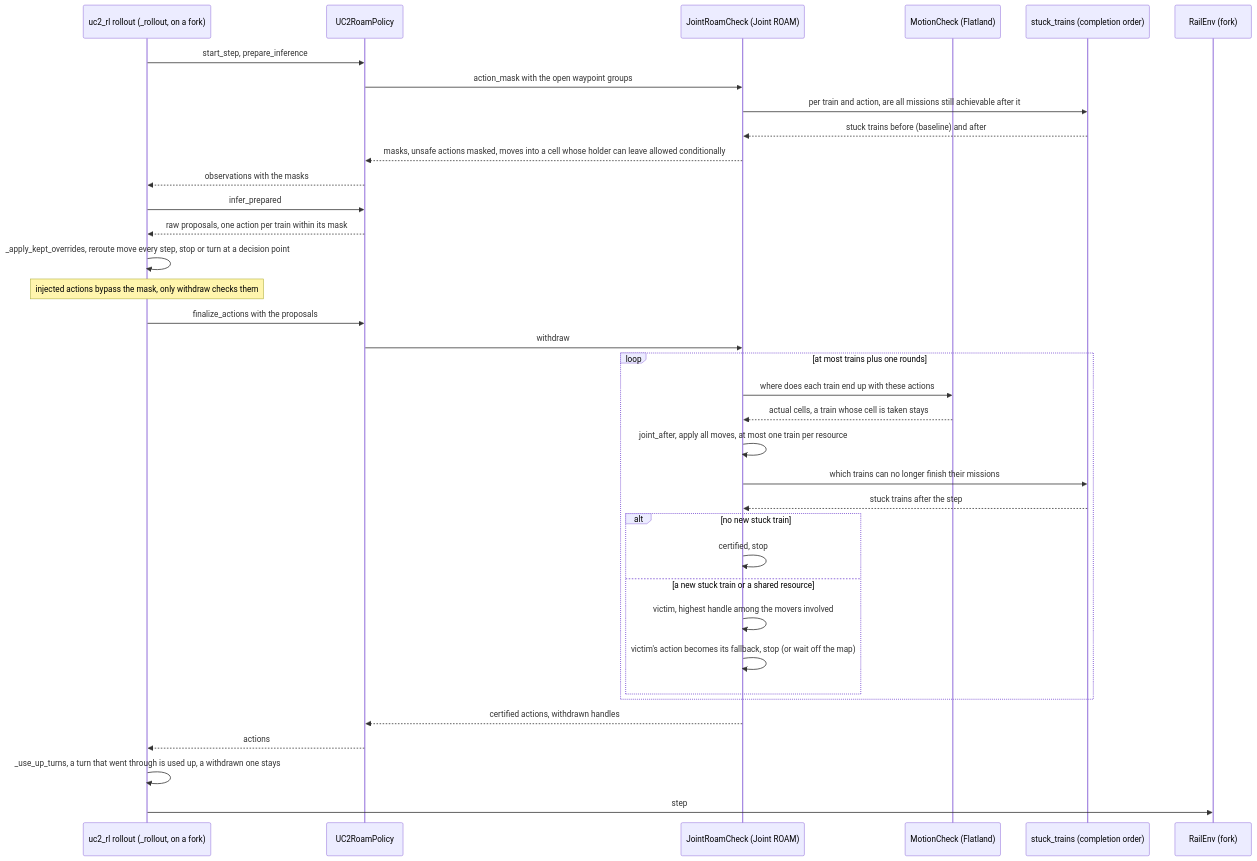
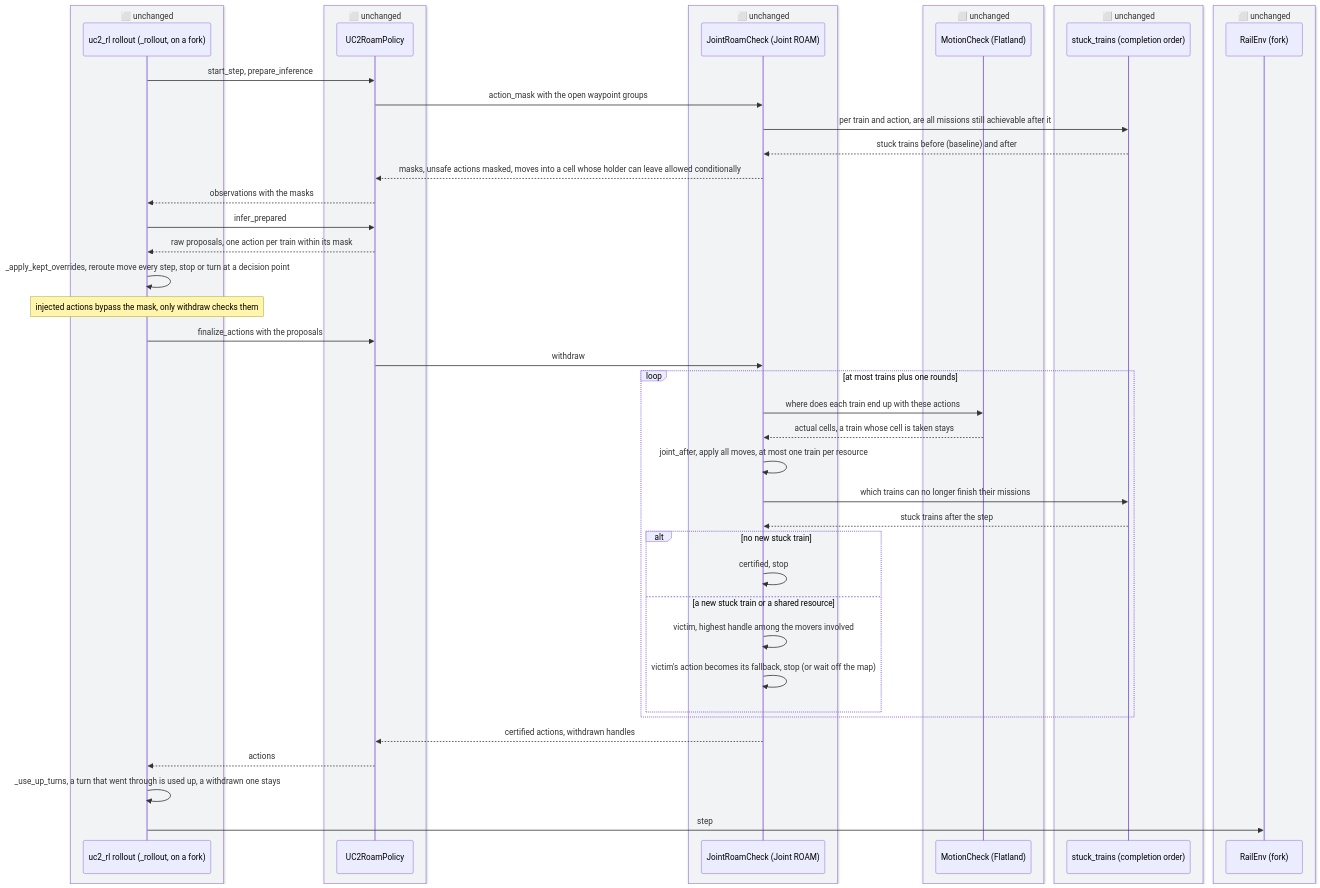
Before and after one commit to flatland-association/flatland-ui-hub: diagram 13 of 18 in docs/plans/set-route-on-map.md, drawn with Mermaid. The commit also changed other lines of this file, not shown here.

Commit message:
docs(plans): decide Q-11 to Q-13, describe the driver interfaces, #208's kept overrides and ROAM, and plan S-6.

````diff
--- a/docs/plans/set-route-on-map.md
+++ b/docs/plans/set-route-on-map.md
@@ -596,38 +1310,50 @@
 ```mermaid
 sequenceDiagram
-    participant RO as uc2_rl rollout (_rollout, on a fork)
-    participant P as UC2RoamPolicy
-    participant J as JointRoamCheck (Joint ROAM)
-    participant MC as MotionCheck (Flatland)
-    participant ST as stuck_trains (completion order)
-    participant ENV as RailEnv (fork)
+    box rgb(241,243,245) ⬜ unchanged
+        participant RO as uc2_rl rollout (_rollout, on a fork)
+    end
+    box rgb(241,243,245) ⬜ unchanged
+        participant P as UC2RoamPolicy
+    end
+    box rgb(241,243,245) ⬜ unchanged
+        participant J as JointRoamCheck (Joint ROAM)
+    end
+    box rgb(241,243,245) ⬜ unchanged
+        participant MC as MotionCheck (Flatland)
+    end
+    box rgb(241,243,245) ⬜ unchanged
+        participant ST as stuck_trains (completion order)
+    end
+    box rgb(241,243,245) ⬜ unchanged
+        participant ENV as RailEnv (fork)
+    end
     RO->>P: start_step, prepare_inference
     P->>J: action_mask with the open waypoint groups
     J->>ST: per train and action, are all missions still achievable after it
     ST-->>J: stuck trains before (baseline) and after
     J-->>P: masks, unsafe actions masked, moves into a cell whose holder can leave allowed conditionally
     P-->>RO: observations with the masks
     RO->>P: infer_prepared
     P-->>RO: raw proposals, one action per train within its mask
     RO->>RO: _apply_kept_overrides, reroute move every step, stop or turn at a decision point
     Note over RO: injected actions bypass the mask, only withdraw checks them
     RO->>P: finalize_actions with the proposals
     P->>J: withdraw
     loop at most trains plus one rounds
         J->>MC: where does each train end up with these actions
         MC-->>J: actual cells, a train whose cell is taken stays
         J->>J: joint_after, apply all moves, at most one train per resource
         J->>ST: which trains can no longer finish their missions
         ST-->>J: stuck trains after the step
         alt no new stuck train
             J->>J: certified, stop
         else a new stuck train or a shared resource
             J->>J: victim, highest handle among the movers involved
             J->>J: victim's action becomes its fallback, stop (or wait off the map)
         end
     end
     J-->>P: certified actions, withdrawn handles
     P-->>RO: actions
     RO->>RO: _use_up_turns, a turn that went through is used up, a withdrawn one stays
     RO->>ENV: step
 ```
````
